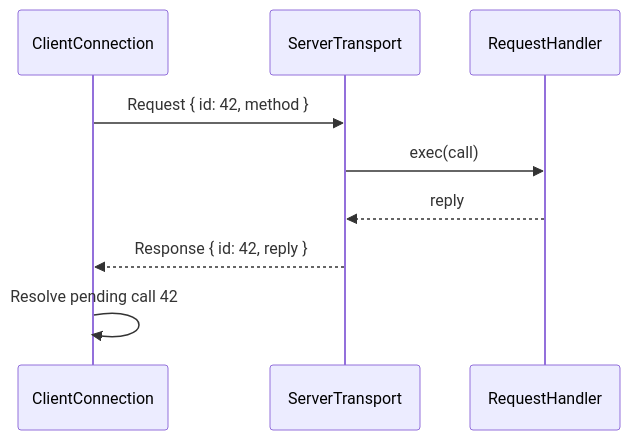
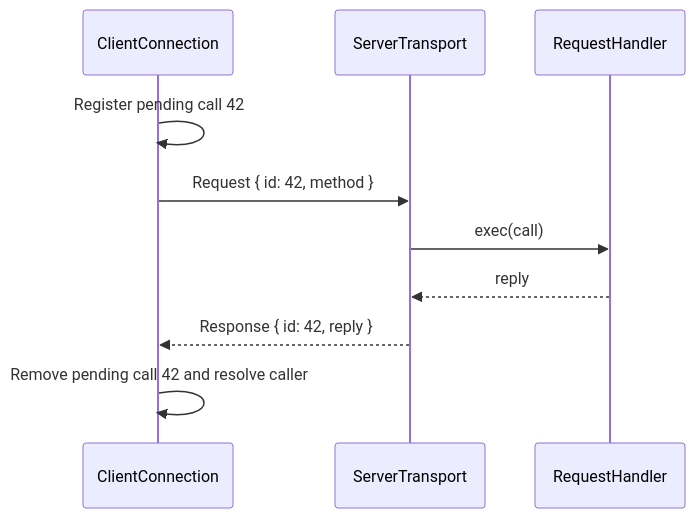
One commit to rust10x/rust10x changed the third of 7 diagrams in handbook/guide/domain/ipc/ipc-socket-design.md. Above: the diagram before and after it, drawn with Mermaid. The commit also changed other lines of this file, not shown here.

````diff
--- a/handbook/guide/domain/ipc/ipc-socket-design.md
+++ b/handbook/guide/domain/ipc/ipc-socket-design.md
@@ -89,12 +89,13 @@
 ```mermaid
 sequenceDiagram
     participant C as ClientConnection
     participant S as ServerTransport
     participant H as RequestHandler
 
+    C->>C: Register pending call 42
     C->>S: Request { id: 42, method }
     S->>H: exec(call)
     H-->>S: reply
     S-->>C: Response { id: 42, reply }
-    C->>C: Resolve pending call 42
+    C->>C: Remove pending call 42 and resolve caller
 ```
````
